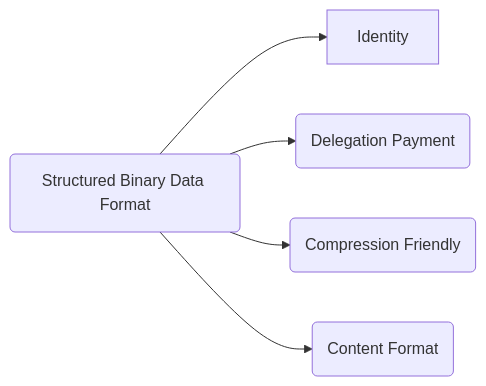
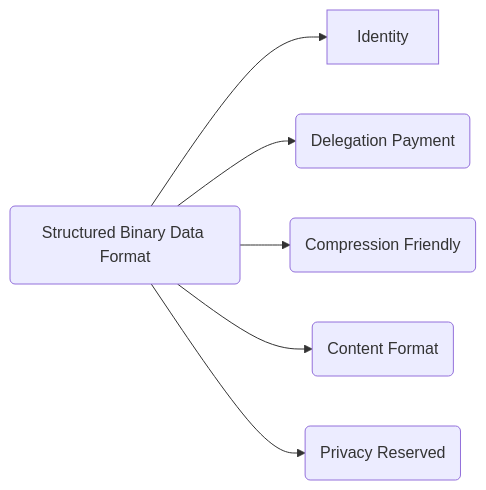
Before and after one commit to dbpunk-labs/DIPs: the first of 4 diagrams in dips/dip-000.md, drawn with Mermaid. The commit also changed other lines of this file, not shown here.

Commit message:
feat: add privacy reserved requirement

````diff
--- a/dips/dip-000.md
+++ b/dips/dip-000.md
@@ -5,7 +5,8 @@
 ```mermaid
 flowchart LR
     sbf(Structured Binary Data Format) --> Identity
     sbf --> dp(Delegation Payment)
     sbf --> cf(Compression Friendly)
     sbf --> ctf(Content Format)
+    sbf --> pr(Privacy Reserved)
 ```
````
